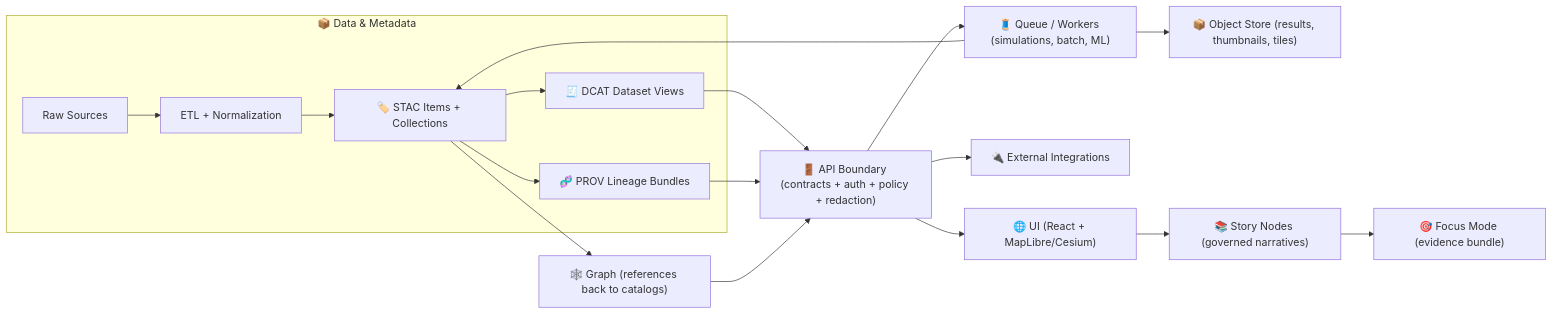
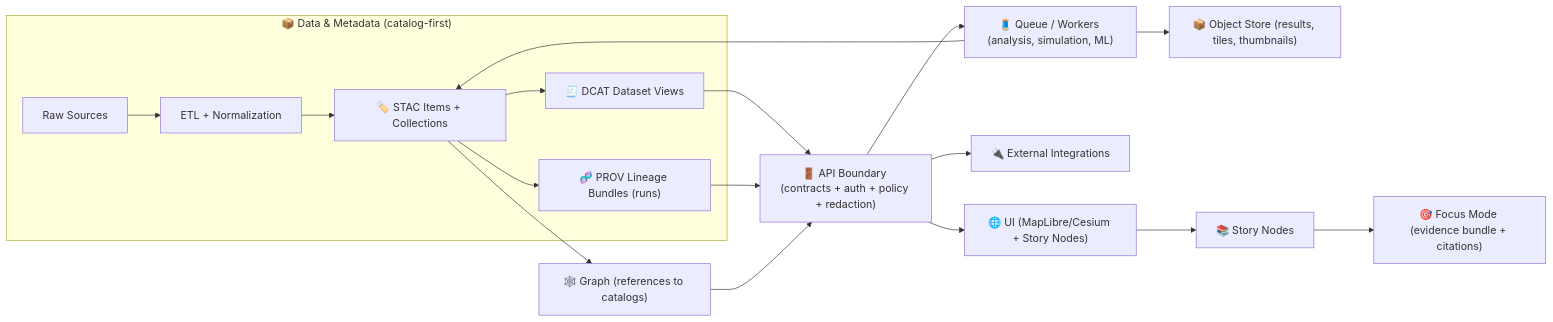
One commit to bartytime4life/Kansas-Frontier-Matrix changed the diagram in api/src/README.md. Above: the diagram before and after it, drawn with Mermaid. The commit also changed other lines of this file, not shown here.

````diff
--- a/api/src/README.md
+++ b/api/src/README.md
@@ -183,24 +118,24 @@
 ```mermaid
 flowchart LR
-  subgraph Data["📦 Data & Metadata"]
+  subgraph Data["📦 Data & Metadata (catalog-first)"]
     A["Raw Sources"] --> B["ETL + Normalization"]
     B --> C["🏷️ STAC Items + Collections"]
     C --> D["🧾 DCAT Dataset Views"]
-    C --> E["🧬 PROV Lineage Bundles"]
+    C --> E["🧬 PROV Lineage Bundles (runs)"]
   end
 
-  C --> G["🕸️ Graph (references back to catalogs)"]
+  C --> G["🕸️ Graph (references to catalogs)"]
   D --> H["🚪 API Boundary (contracts + auth + policy + redaction)"]
   E --> H
   G --> H
 
-  H --> UI["🌐 UI (React + MapLibre/Cesium)"]
+  H --> UI["🌐 UI (MapLibre/Cesium + Story Nodes)"]
   H --> Ext["🔌 External Integrations"]
 
-  H --> Jobs["🧵 Queue / Workers (simulations, batch, ML)"]
-  Jobs --> Artifacts["📦 Object Store (results, thumbnails, tiles)"]
+  H --> Jobs["🧵 Queue / Workers (analysis, simulation, ML)"]
+  Jobs --> Artifacts["📦 Object Store (results, tiles, thumbnails)"]
   Jobs --> C
 
-  UI --> Story["📚 Story Nodes (governed narratives)"]
-  Story --> Focus["🎯 Focus Mode (evidence bundle)"]
+  UI --> Story["📚 Story Nodes"]
+  Story --> Focus["🎯 Focus Mode (evidence bundle + citations)"]
 ```
````
